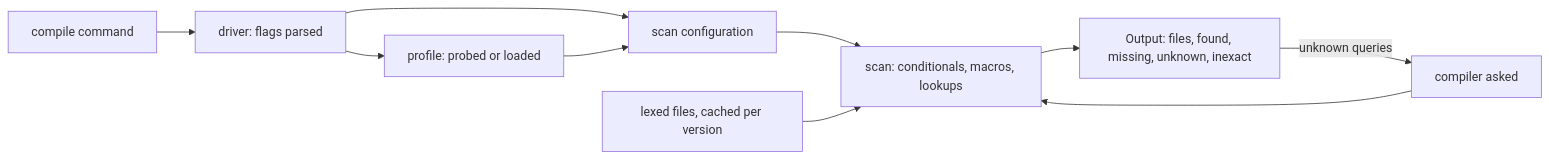
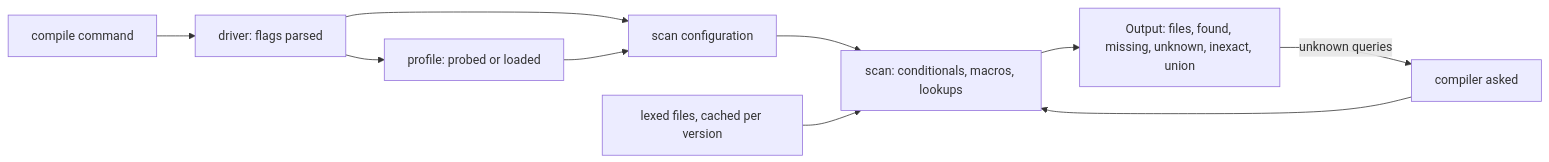
The second of 6 diagrams in docs/dev/include-scanning.md (Orphis/ninja-rs), drawn with Mermaid before and after one commit. The commit also changed other lines of this file and 12 other files, not shown here.

````diff
--- a/docs/dev/include-scanning.md
+++ b/docs/dev/include-scanning.md
@@ -156,12 +161,12 @@
 ```mermaid
 flowchart LR
     A["compile command"] --> B["driver: flags parsed"]
     B --> C["profile: probed or loaded"]
     B --> D["scan configuration"]
     C --> D
     D --> E["scan: conditionals, macros, lookups"]
     F["lexed files, cached per version"] --> E
-    E --> G["Output: files, found, missing, unknown, inexact"]
+    E --> G["Output: files, found, missing, unknown, inexact, union"]
     G -->|"unknown queries"| H["compiler asked"]
     H --> E
 ```
````
